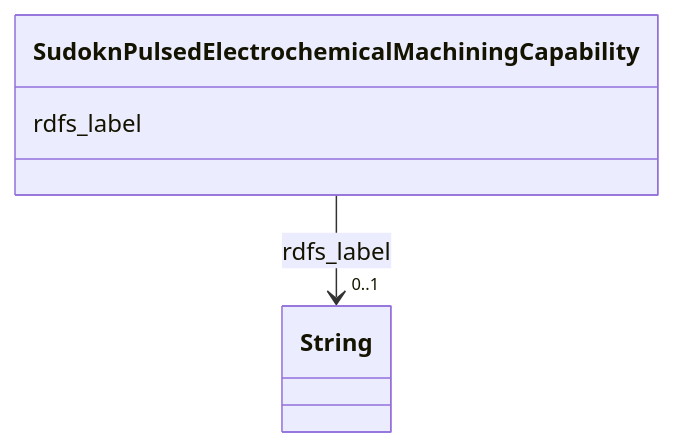
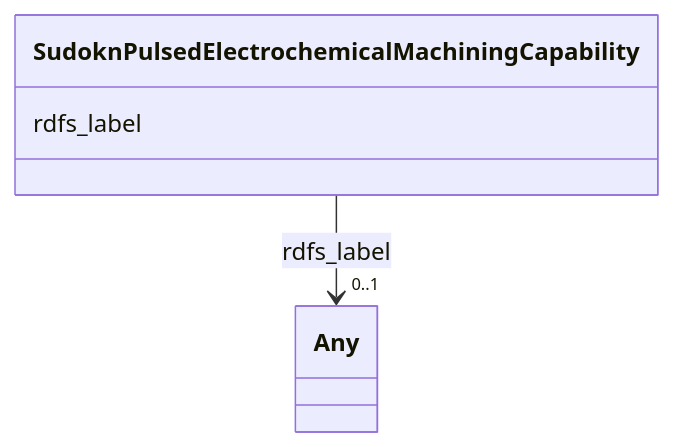
Before and after one commit to frink-okn/graph-descriptions: the diagram in sudokn-kg/classes/SudoknPulsedElectrochemicalMachiningCapability.md, drawn with Mermaid. The commit also changed other lines of this file and 903 other files, not shown here.

````diff
--- a/sudokn-kg/classes/SudoknPulsedElectrochemicalMachiningCapability.md
+++ b/sudokn-kg/classes/SudoknPulsedElectrochemicalMachiningCapability.md
@@ -23,15 +18,15 @@
 ```mermaid
  classDiagram
     class SudoknPulsedElectrochemicalMachiningCapability
     click SudoknPulsedElectrochemicalMachiningCapability href "../SudoknPulsedElectrochemicalMachiningCapability"
       SudoknPulsedElectrochemicalMachiningCapability : rdfs_label
         
           
     
     
-    SudoknPulsedElectrochemicalMachiningCapability --> "0..1" String : rdfs_label
-    click String href "../String"
+    SudoknPulsedElectrochemicalMachiningCapability --> "0..1" Any : rdfs_label
+    click Any href "../Any"
 
         
       
 ```
````
